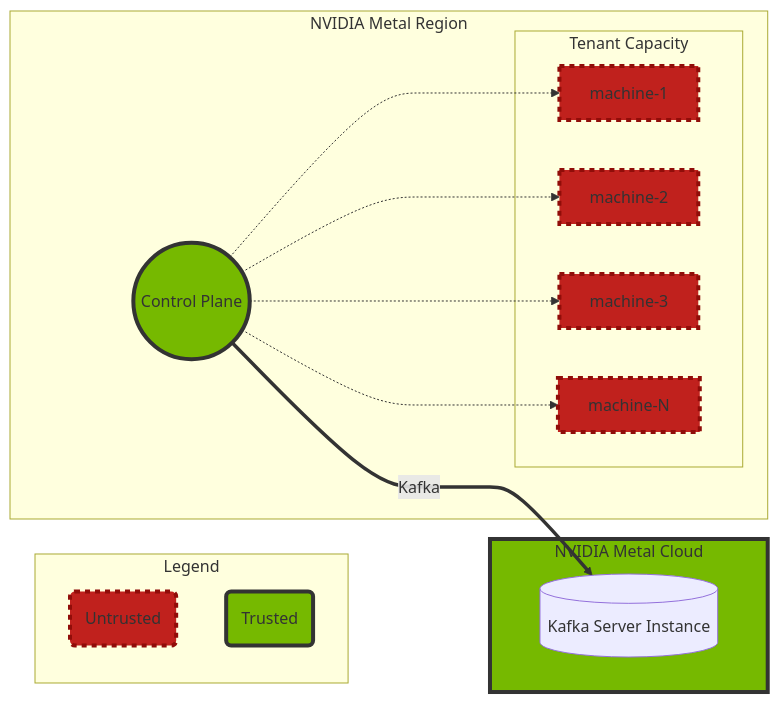
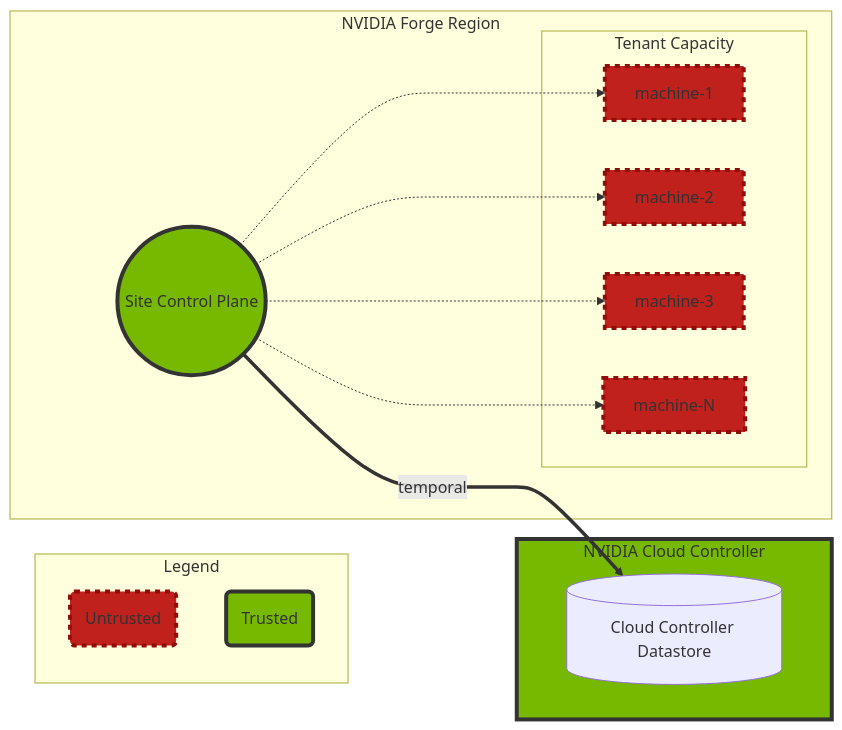
The diagram in book/src/README.md (NVIDIA/bare-metal-manager-core), drawn with Mermaid before and after one commit. The commit also changed other lines of this file and 1 other file, not shown here.

Commit message:
change nvmetal references to forge

````diff
--- a/book/src/README.md
+++ b/book/src/README.md
@@ -11,33 +11,33 @@
 ```mermaid
 flowchart LR
 
     subgraph Legend
         legend_untrusted(Untrusted)
         legend_trusted(Trusted)
     end
 
-    subgraph cloud["NVIDIA Metal Cloud"]
-        kafka[(Kafka Server Instance)]
+    subgraph cloud["NVIDIA Cloud Controller"]
+        temporal[(Cloud Controller Datastore)]
     end
-    subgraph NVIDIA Metal Region
-        region(("Control Plane"))
+    subgraph NVIDIA Forge Region
+        region(("Site Control Plane"))
         subgraph Tenant Capacity
             machine-1:::untrusted
             machine-2:::untrusted
             machine-3:::untrusted
             machine-N:::untrusted
         end
     end
 
-    region ===>|Kafka| kafka
+    region ===>|temporal| temporal
     region -..-> machine-1
     region -..-> machine-2
     region -..-> machine-3
     region -..-> machine-N
 
     classDef nvidia fill:#76b900,stroke:#333,stroke-width:4px;
     classDef untrusted fill:#c0211d,stroke:#900d09,stroke-width:4px,stroke-dasharray: 5 5;
 
     class legend_untrusted untrusted
     class legend_trusted,region,cloud nvidia
 ```
````
